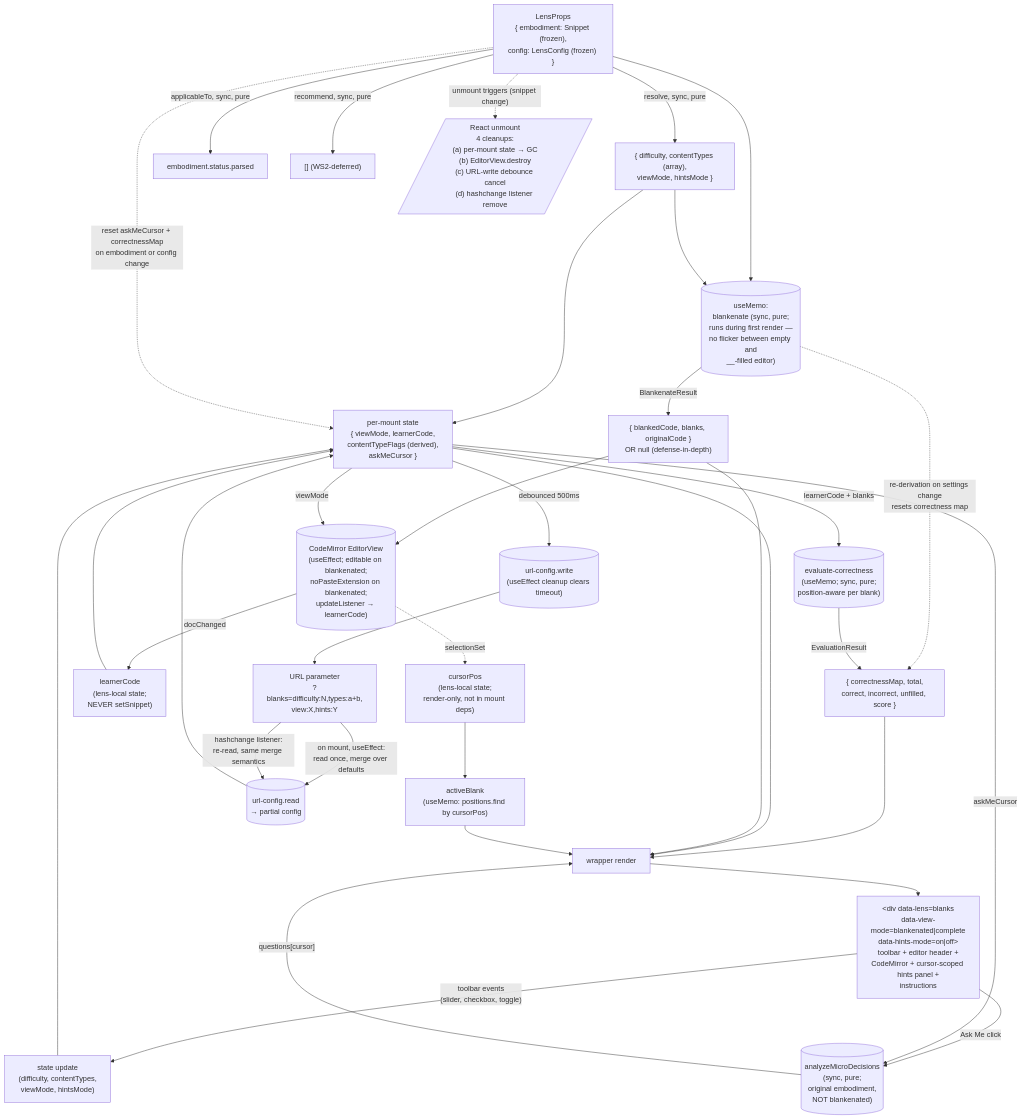
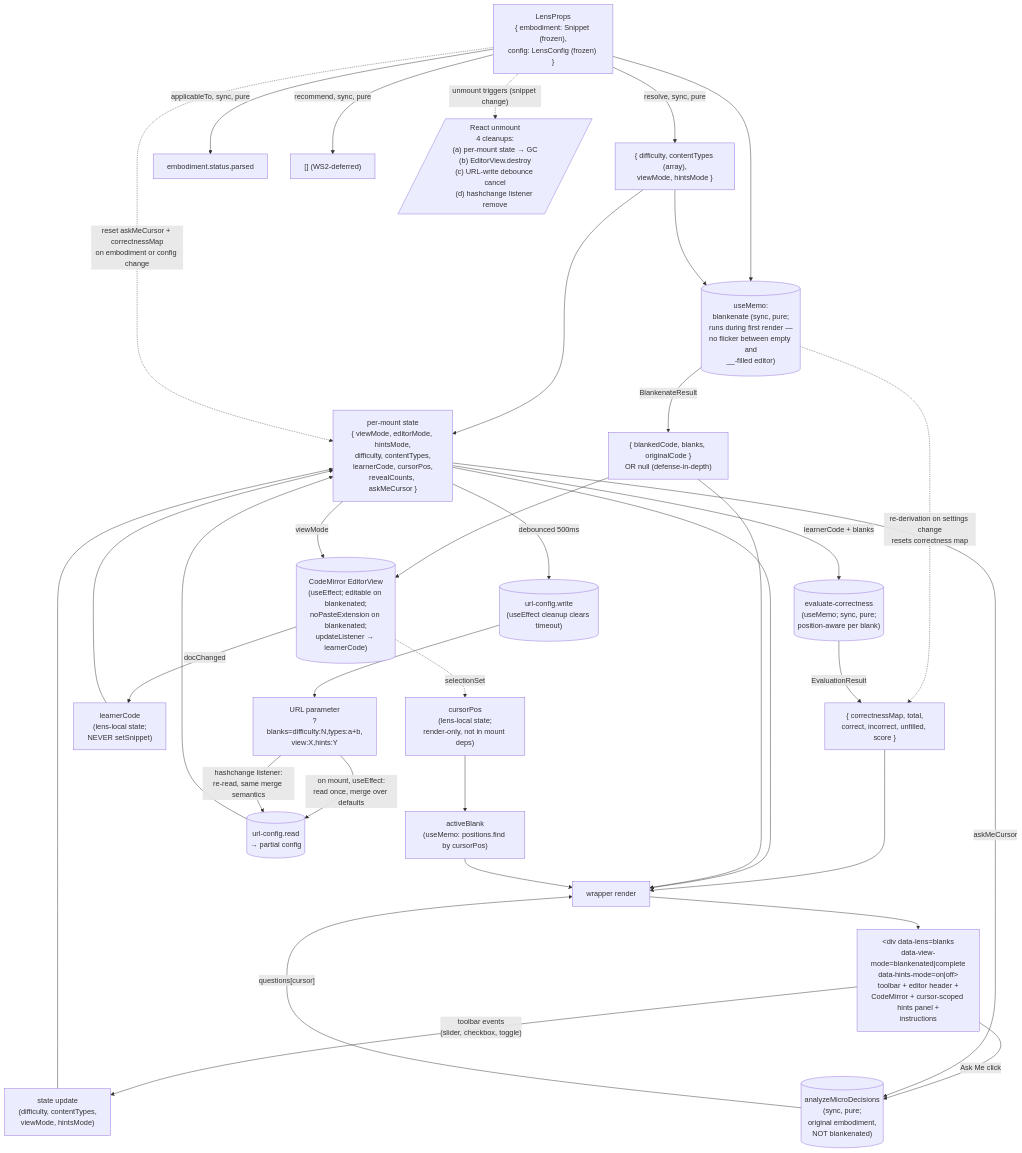
One commit to codeschoolinabox/curricula changed the diagram in src/lib/just-enough/javascript/lenses/blanks/DOCS.md. Above: the diagram before and after it, drawn with Mermaid. The commit also changed other lines of this file and 3 other files, not shown here.

````diff
--- a/src/lib/just-enough/javascript/lenses/blanks/DOCS.md
+++ b/src/lib/just-enough/javascript/lenses/blanks/DOCS.md
@@ -197,51 +202,51 @@
 ```mermaid
 flowchart TD
     Props["LensProps<br/>{ embodiment: Snippet (frozen),<br/>config: LensConfig (frozen) }"]
 
     Props -->|"resolve, sync, pure"| ResolvedConfig["{ difficulty, contentTypes (array),<br/>viewMode, hintsMode }"]
     Props -->|"applicableTo, sync, pure"| Gate["embodiment.status.parsed"]
     Props -->|"recommend, sync, pure"| Recs["[] (WS2-deferred)"]
 
-    ResolvedConfig --> State["per-mount state<br/>{ viewMode, learnerCode,<br/>contentTypeFlags (derived),<br/>askMeCursor }"]
+    ResolvedConfig --> State["per-mount state<br/>{ viewMode, editorMode, hintsMode,<br/>difficulty, contentTypes,<br/>learnerCode, cursorPos,<br/>revealCounts, askMeCursor }"]
 
     Props --> Memo
     ResolvedConfig --> Memo[("useMemo:<br/>blankenate (sync, pure;<br/>runs during first render —<br/>no flicker between empty and<br/>__-filled editor)")]
 
     Memo -->|"BlankenateResult"| Blanks["{ blankedCode, blanks, originalCode }<br/>OR null (defense-in-depth)"]
     Memo -.->|"re-derivation on settings change<br/>resets correctness map"| Correctness
 
     Blanks --> Editor
     State -->|"viewMode"| Editor[("CodeMirror EditorView<br/>(useEffect; editable on blankenated;<br/>noPasteExtension on blankenated;<br/>updateListener → learnerCode)")]
 
     Editor -->|"docChanged"| LearnerCode["learnerCode<br/>(lens-local state;<br/>NEVER setSnippet)"]
     LearnerCode --> State
 
     State -->|"learnerCode + blanks"| Eval[("evaluate-correctness<br/>(useMemo; sync, pure;<br/>position-aware per blank)")]
     Eval -->|"EvaluationResult"| Correctness["{ correctnessMap, total,<br/>correct, incorrect, unfilled, score }"]
     Correctness --> Render
 
     Editor -.->|"selectionSet"| CursorPos["cursorPos<br/>(lens-local state;<br/>render-only, not in mount deps)"]
     CursorPos --> ActiveBlank["activeBlank<br/>(useMemo: positions.find by cursorPos)"]
 
     State --> Render["wrapper render"]
     Blanks --> Render
     ActiveBlank --> Render
 
     Render --> DOM["&lt;div data-lens=blanks<br/>data-view-mode=blankenated|complete<br/>data-hints-mode=on|off&gt;<br/>toolbar + editor header +<br/>CodeMirror + cursor-scoped hints panel +<br/>instructions"]
 
     DOM -->|"toolbar events<br/>(slider, checkbox, toggle)"| ConfigUpdate["state update<br/>(difficulty, contentTypes,<br/>viewMode, hintsMode)"]
     ConfigUpdate --> State
 
     State -->|"debounced 500ms"| URLWrite[("url-config.write<br/>(useEffect cleanup clears timeout)")]
     URLWrite --> URL["URL parameter<br/>?blanks=difficulty:N,types:a+b,<br/>view:X,hints:Y"]
     URL -->|"on mount, useEffect:<br/>read once, merge over defaults"| URLRead[("url-config.read<br/>→ partial config")]
     URL -->|"hashchange listener:<br/>re-read, same merge semantics"| URLRead
     URLRead --> State
 
     DOM -->|"Ask Me click"| AskMe[("analyzeMicroDecisions<br/>(sync, pure;<br/>original embodiment,<br/>NOT blankenated)")]
     AskMe -->|"questions[cursor]"| Render
     State -->|"askMeCursor"| AskMe
     Props -.->|"reset askMeCursor + correctnessMap<br/>on embodiment or config change"| State
 
     Props -.->|"unmount triggers (snippet change)"| Unmount[/"React unmount<br/>4 cleanups:<br/>(a) per-mount state → GC<br/>(b) EditorView.destroy<br/>(c) URL-write debounce cancel<br/>(d) hashchange listener remove"/]
 ```
````
